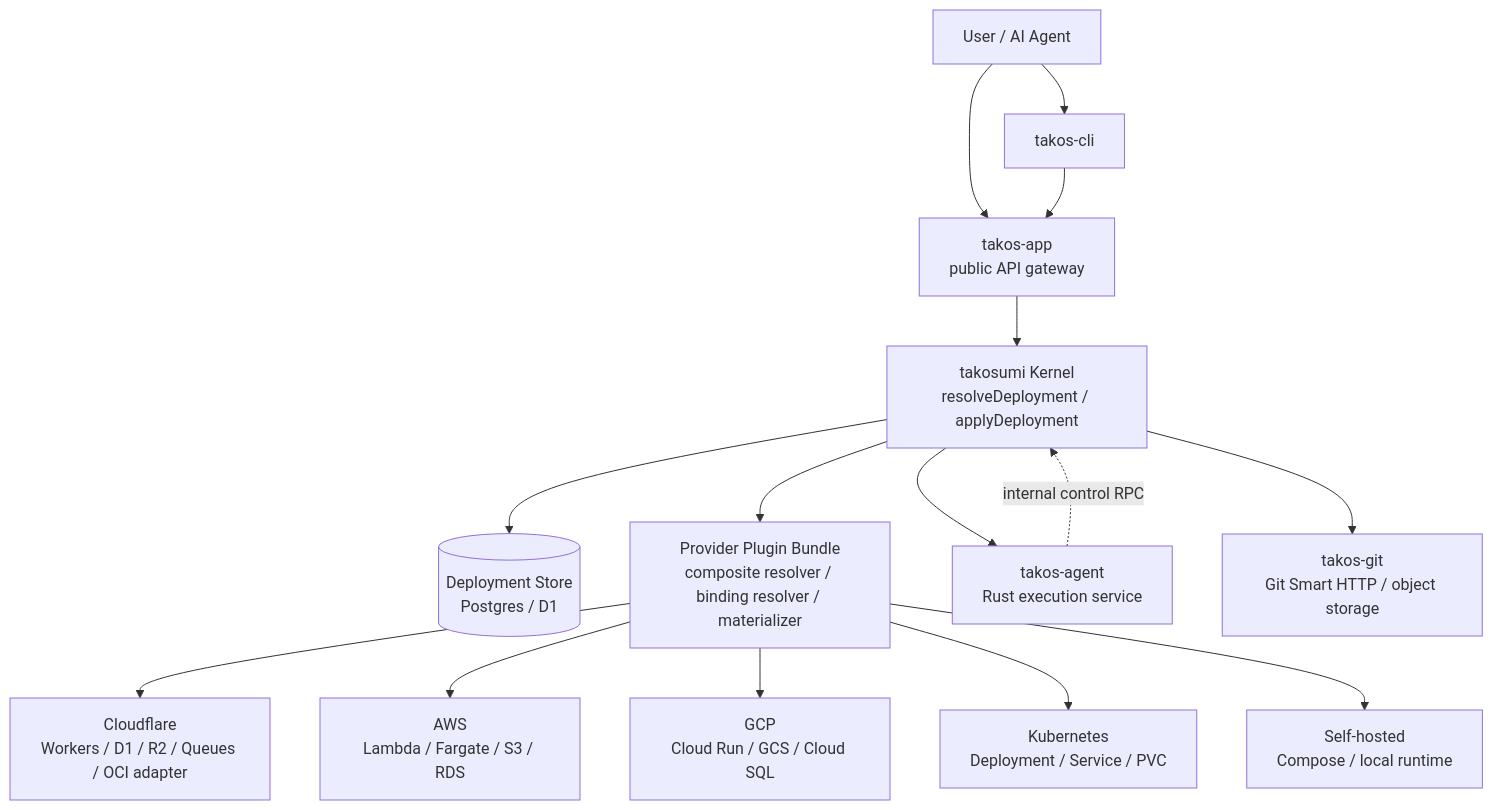
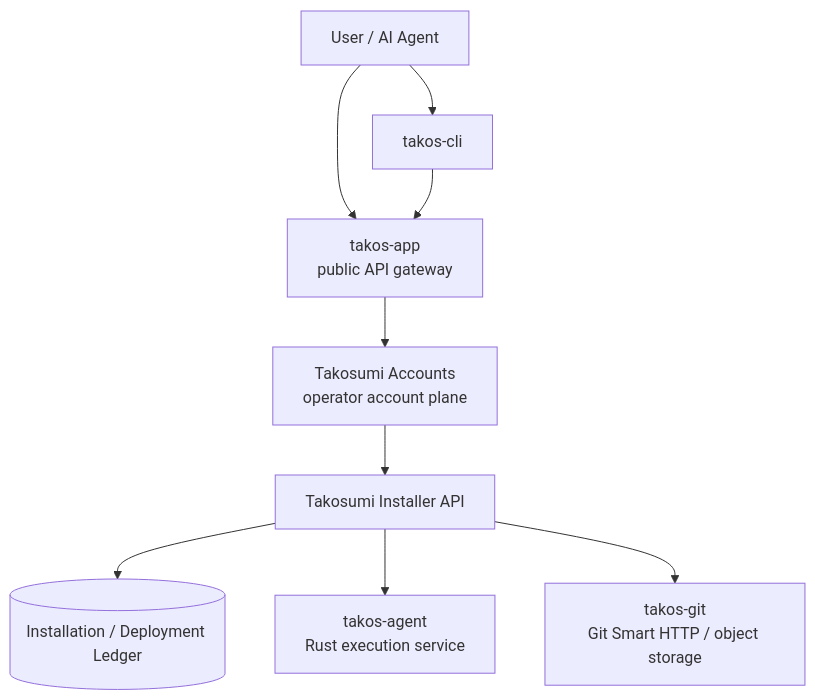
One commit to tako0614/takos changed the first of 5 diagrams in docs/architecture/diagrams.md. Above: the diagram before and after it, drawn with Mermaid. The commit also changed other lines of this file and 90 other files, not shown here.

````diff
--- a/docs/architecture/diagrams.md
+++ b/docs/architecture/diagrams.md
@@ -22,31 +18,20 @@
 ```mermaid
 graph TB
   User[User / AI Agent]
   CLI[takos-cli]
   AppGateway[takos-app<br/>public API gateway]
-  Kernel[takosumi Kernel<br/>resolveDeployment / applyDeployment]
-  Storage[(Deployment Store<br/>Postgres / D1)]
-  Plugin[Provider Plugin Bundle<br/>composite resolver / binding resolver / materializer]
+  Accounts[Takosumi Accounts<br/>operator account plane]
+  Kernel[Takosumi Installer API]
+  Storage[(Installation / Deployment Ledger)]
   Agent[takos-agent<br/>Rust execution service]
   Git[takos-git<br/>Git Smart HTTP / object storage]
-  CF[Cloudflare<br/>Workers / D1 / R2 / Queues / OCI adapter]
-  AWS[AWS<br/>Lambda / Fargate / S3 / RDS]
-  GCP[GCP<br/>Cloud Run / GCS / Cloud SQL]
-  K8S[Kubernetes<br/>Deployment / Service / PVC]
-  Self[Self-hosted<br/>Compose / local runtime]
 
   User --> CLI
   User --> AppGateway
   CLI --> AppGateway
-  AppGateway --> Kernel
+  AppGateway --> Accounts
+  Accounts --> Kernel
   Kernel --> Storage
-  Kernel --> Plugin
   Kernel --> Agent
   Kernel --> Git
-  Plugin --> CF
-  Plugin --> AWS
-  Plugin --> GCP
-  Plugin --> K8S
-  Plugin --> Self
-  Agent -. internal control RPC .-> Kernel
 ```
````
